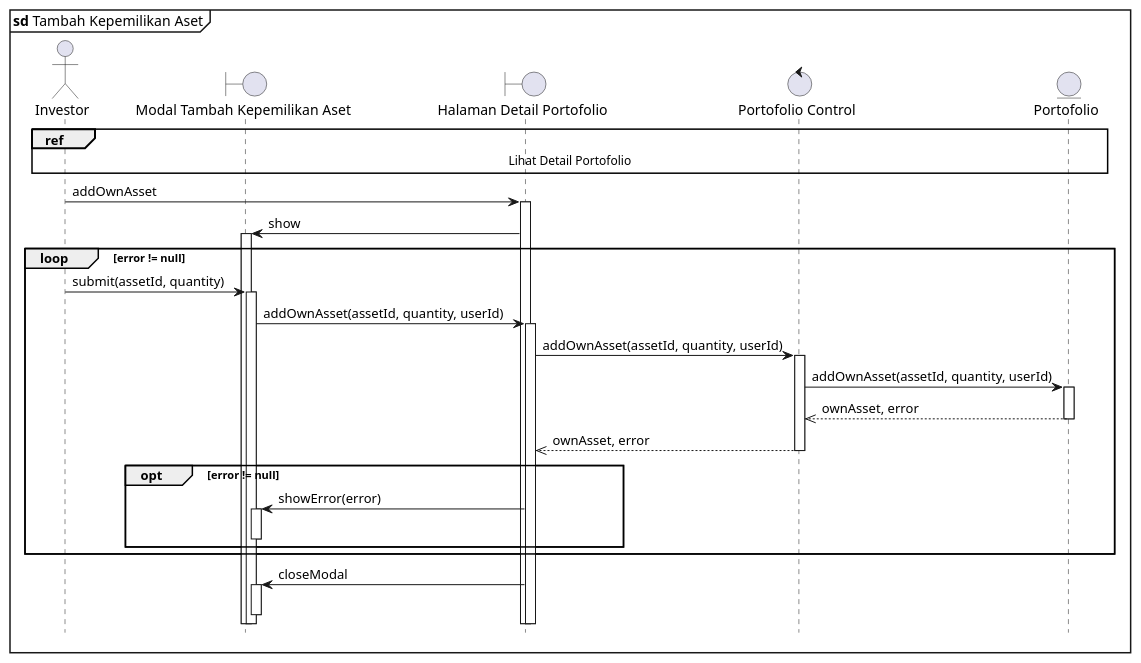
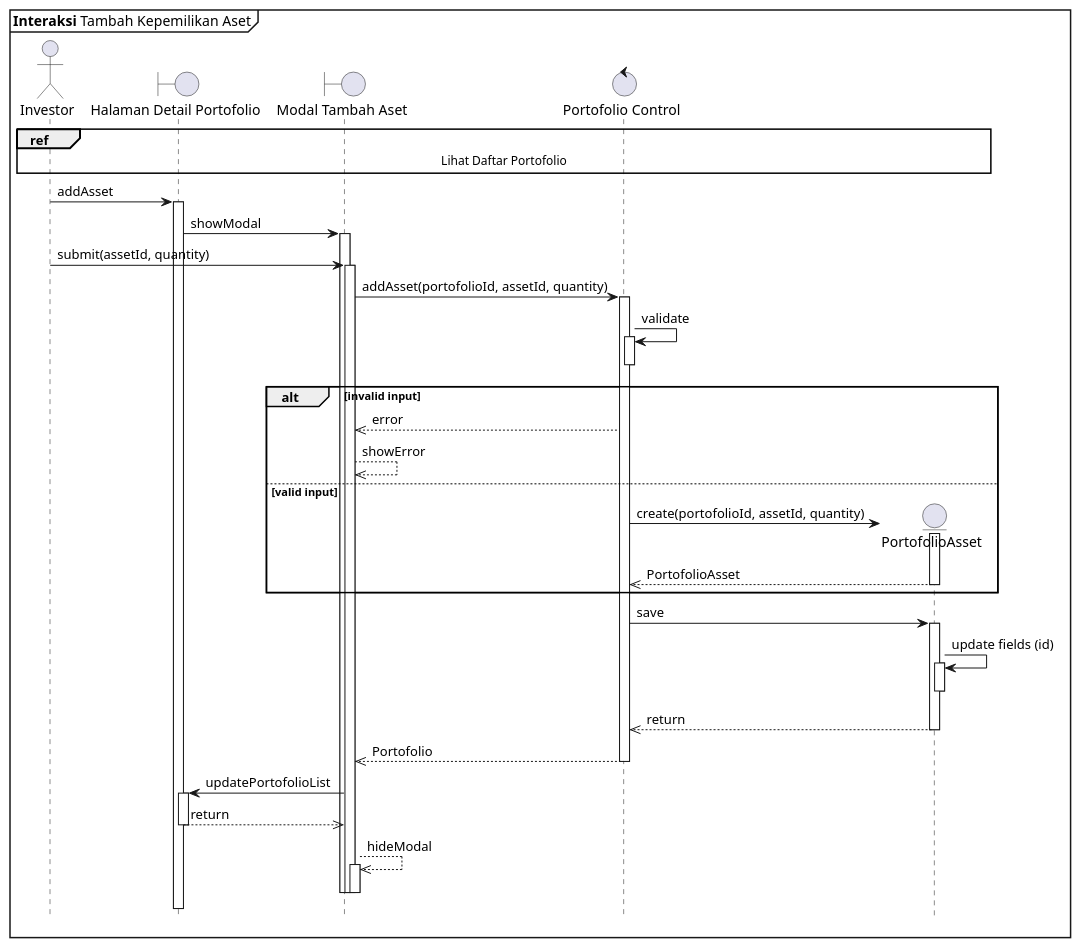
The diagram in sequence/tambah-aset.puml (clarestarahma/manajemen-investasi), drawn with PlantUML before and after one commit. The commit also changed 19 other files, not shown here.

```diff
--- a/sequence/tambah-aset.puml
+++ b/sequence/tambah-aset.puml
@@ -1,37 +1,69 @@
 @startuml Sequence
 
 skinparam maxMessageSize 250
+hide footbox
 
-hide footbox
-autoactivate on
-
-mainframe **sd** Tambah Kepemilikan Aset
+mainframe **Interaksi** Tambah Kepemilikan Aset
 
 actor Investor as I
-boundary "Modal Tambah Kepemilikan Aset" as PTKA
-boundary "Halaman Detail Portofolio" as TDP
+boundary "Halaman Detail Portofolio" as TP
+boundary "Modal Tambah Aset" as MBP
 control "Portofolio Control" as PC
-entity "Portofolio" as P
+entity "PortofolioAsset" as P
 
-ref over I, P : Lihat Detail Portofolio
+ref over I, P : Lihat Daftar Portofolio
 
-I -> TDP : addOwnAsset
-TDP -> PTKA : show
+I -> TP : addAsset
+activate TP
 
-loop error != null
-  I -> PTKA : submit(assetId, quantity)
-  PTKA -> TDP : addOwnAsset(assetId, quantity, userId)
-  TDP -> PC : addOwnAsset(assetId, quantity, userId)
-  PC -> P : addOwnAsset(assetId, quantity, userId)
-  P -->> PC : ownAsset, error
-  PC -->> TDP : ownAsset, error
+TP -> MBP : showModal
+activate MBP
 
-  opt error != null
-    TDP -> PTKA : showError(error)
-    deactivate PTKA
-  end
+'User submits form
+I -> MBP : submit(assetId, quantity)
+activate MBP
+
+MBP -> PC : addAsset(portofolioId, assetId, quantity)
+activate PC
+
+'Validation step
+PC -> PC : validate
+activate PC
+deactivate PC
+
+alt invalid input
+  PC -->> MBP : error
+  MBP -->> MBP : showError
+else valid input
+  'Create and save the Portofolio entity
+  PC -> P ** : create(portofolioId, assetId, quantity)
+  activate P
+  P -->> PC : PortofolioAsset
+  deactivate P
 end
 
-TDP -> PTKA : closeModal
-deactivate PTKA
+  PC -> P : save
+  activate P
+  P -> P : update fields (id)
+  activate P
+  deactivate P
+  P -->> PC : return
+  deactivate P
+
+  PC -->> MBP : Portofolio
+  deactivate PC
+
+  'Update UI and close modal
+  MBP -> TP : updatePortofolioList
+  activate TP
+
+  TP -->> MBP : return
+  deactivate TP
+
+  MBP -->> MBP : hideModal
+  activate MBP
+  deactivate MBP
+  deactivate MBP
+  deactivate MBP
+
 @enduml
```
